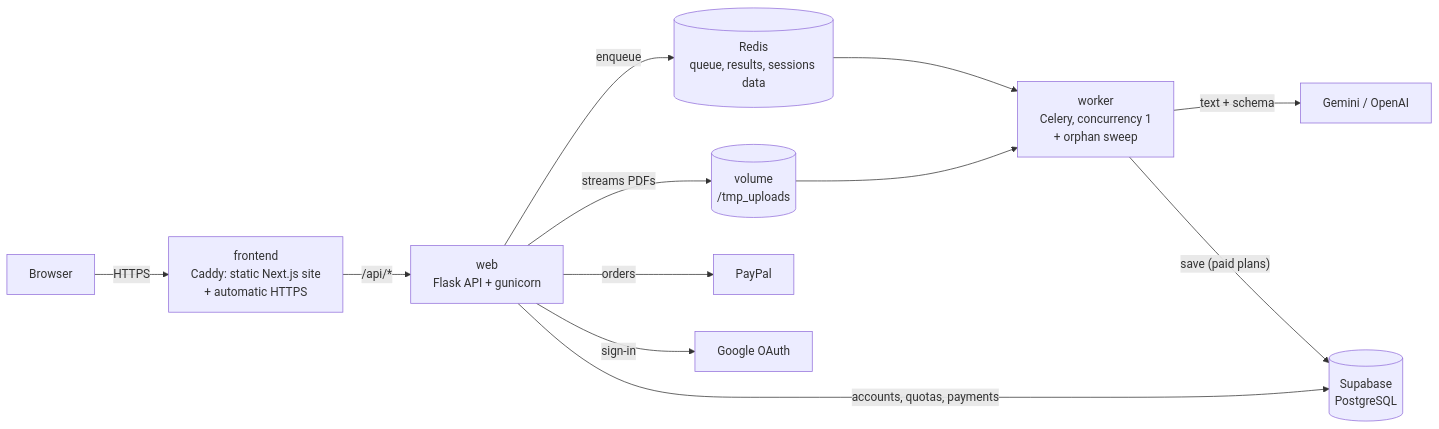
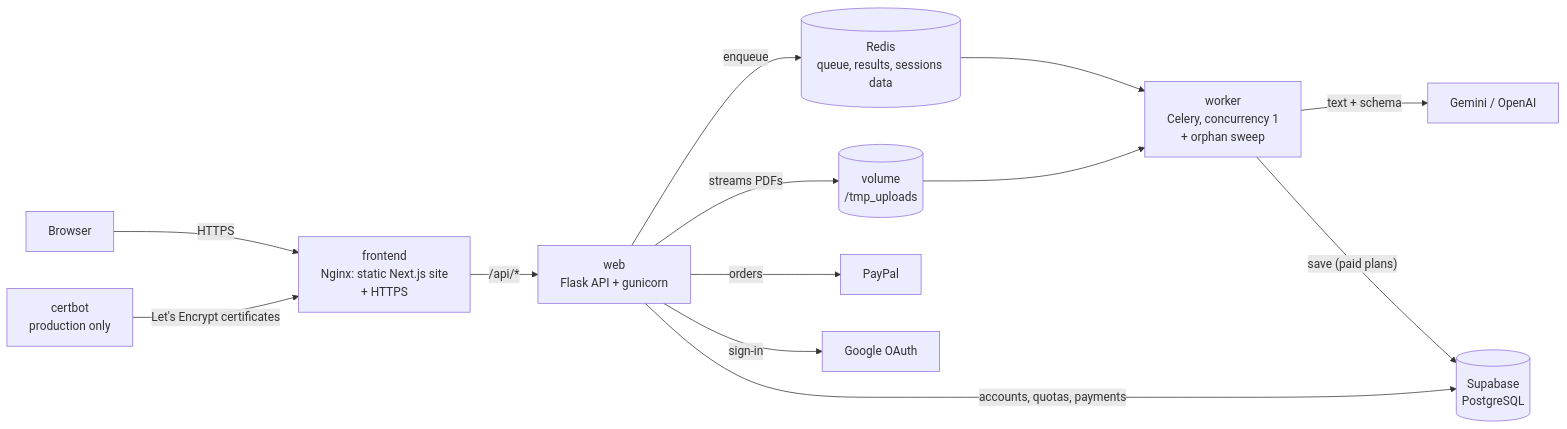
The diagram in README.md (AESMatias/Extracta), drawn with Mermaid before and after one commit. The commit also changed other lines of this file and 24 other files, not shown here.

First line of the commit message:
build(frontend): replace Caddy with Nginx and a certbot service for HTTPS

````diff
--- a/README.md
+++ b/README.md
@@ -88,14 +88,15 @@
 ```mermaid
 flowchart LR
-    B[Browser] -- "HTTPS" --> C[frontend<br/>Caddy: static Next.js site<br/>+ automatic HTTPS]
+    B[Browser] -- "HTTPS" --> C[frontend<br/>Nginx: static Next.js site<br/>+ HTTPS]
     C -- "/api/*" --> W[web<br/>Flask API + gunicorn]
     W -- "streams PDFs" --> V[(volume<br/>/tmp_uploads)]
     W -- "enqueue" --> R[(Redis<br/>queue, results, sessions data)]
     R --> K[worker<br/>Celery, concurrency 1<br/>+ orphan sweep]
     V --> K
     K -- "text + schema" --> L[Gemini / OpenAI]
     K -- "save (paid plans)" --> S[(Supabase<br/>PostgreSQL)]
     W -- "accounts, quotas, payments" --> S
     W -- "orders" --> P[PayPal]
     W -- "sign-in" --> G[Google OAuth]
+    CB[certbot<br/>production only] -- "Let's Encrypt certificates" --> C
 ```
````
